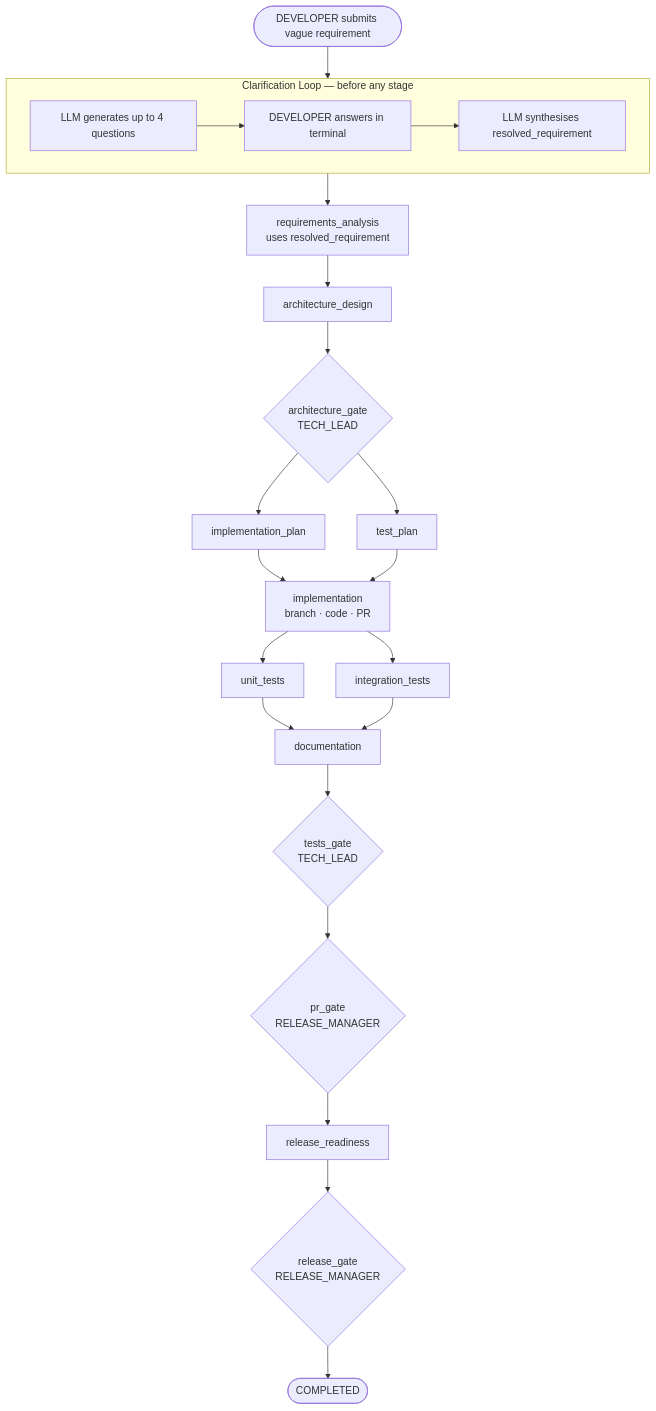
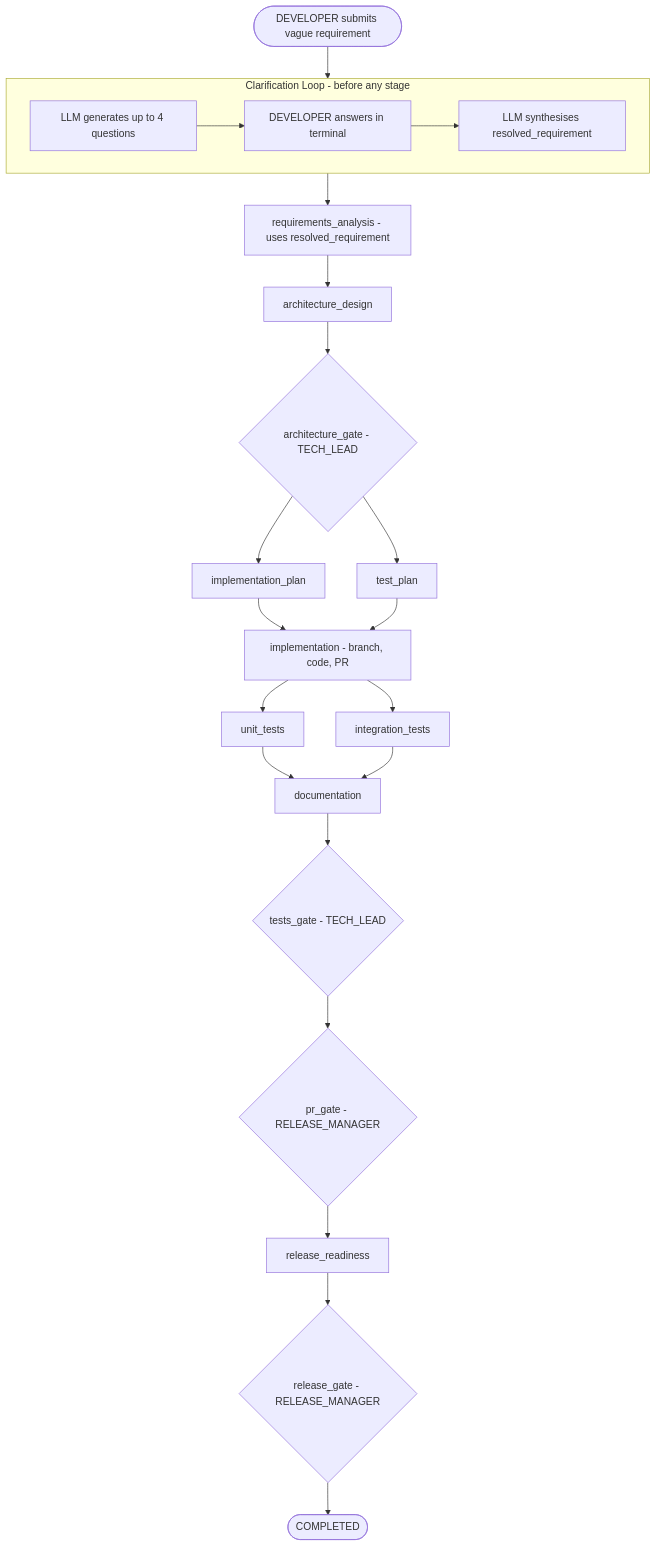
One commit to agentic-dev-projects/url-copilot changed the diagram in docs/scenarios/ambiguous.md. Above: the diagram before and after it, drawn with Mermaid. The commit also changed 5 other files, not shown here.

First line of the commit message:
fix: strip all remaining Mermaid syntax GitHub cannot render

````diff
--- a/docs/scenarios/ambiguous.md
+++ b/docs/scenarios/ambiguous.md
@@ -23,24 +23,24 @@
 ```mermaid
 flowchart TD
     SUBMIT([DEVELOPER submits vague requirement]) --> CL
-    subgraph CL[Clarification Loop — before any stage]
+    subgraph CL[Clarification Loop - before any stage]
         Q[LLM generates up to 4 questions] --> A[DEVELOPER answers in terminal]
         A --> R[LLM synthesises resolved_requirement]
     end
-    CL --> RA["requirements_analysis<br/>uses resolved_requirement"]
+    CL --> RA[requirements_analysis - uses resolved_requirement]
     RA --> AD[architecture_design]
-    AD --> G1{"architecture_gate<br/>TECH_LEAD"}
+    AD --> G1{architecture_gate - TECH_LEAD}
     G1 --> IP[implementation_plan]
     G1 --> TP[test_plan]
-    IP --> IMPL["implementation<br/>branch · code · PR"]
+    IP --> IMPL[implementation - branch, code, PR]
     TP --> IMPL
     IMPL --> UT[unit_tests]
     IMPL --> IT[integration_tests]
     UT --> DOC[documentation]
     IT --> DOC
-    DOC --> G2{"tests_gate<br/>TECH_LEAD"}
-    G2 --> G3{"pr_gate<br/>RELEASE_MANAGER"}
+    DOC --> G2{tests_gate - TECH_LEAD}
+    G2 --> G3{pr_gate - RELEASE_MANAGER}
     G3 --> RR[release_readiness]
-    RR --> G4{"release_gate<br/>RELEASE_MANAGER"}
+    RR --> G4{release_gate - RELEASE_MANAGER}
     G4 --> DONE([COMPLETED])
 ```
````
